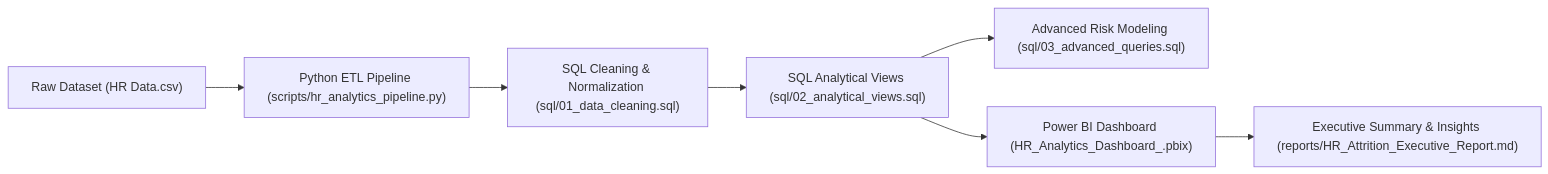
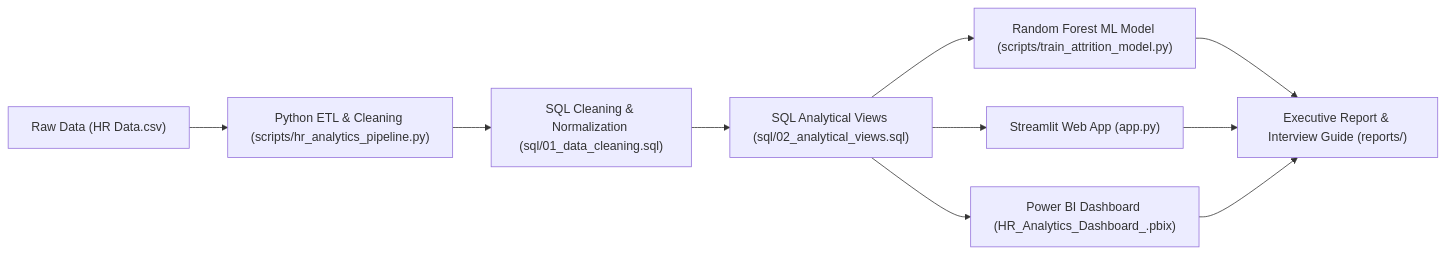
One commit to ashishcoder546/HR-Analytics-Dashboard changed the diagram in README.md. Above: the diagram before and after it, drawn with Mermaid. The commit also changed other lines of this file and 4 other files, not shown here.

Commit message:
Add Streamlit web app, Random Forest ML attrition model, and interview guide

````diff
--- a/README.md
+++ b/README.md
@@ -21,9 +32,10 @@
 ```mermaid
 flowchart LR
-    A["Raw Dataset (HR Data.csv)"] --> B["Python ETL Pipeline (scripts/hr_analytics_pipeline.py)"]
+    A["Raw Data (HR Data.csv)"] --> B["Python ETL & Cleaning (scripts/hr_analytics_pipeline.py)"]
     B --> C["SQL Cleaning & Normalization (sql/01_data_cleaning.sql)"]
     C --> D["SQL Analytical Views (sql/02_analytical_views.sql)"]
-    D --> E["Advanced Risk Modeling (sql/03_advanced_queries.sql)"]
-    D --> F["Power BI Dashboard (HR_Analytics_Dashboard_.pbix)"]
-    F --> G["Executive Summary & Insights (reports/HR_Attrition_Executive_Report.md)"]
+    D --> E["Random Forest ML Model (scripts/train_attrition_model.py)"]
+    D --> F["Streamlit Web App (app.py)"]
+    D --> G["Power BI Dashboard (HR_Analytics_Dashboard_.pbix)"]
+    E & F & G --> H["Executive Report & Interview Guide (reports/)"]
 ```
````
